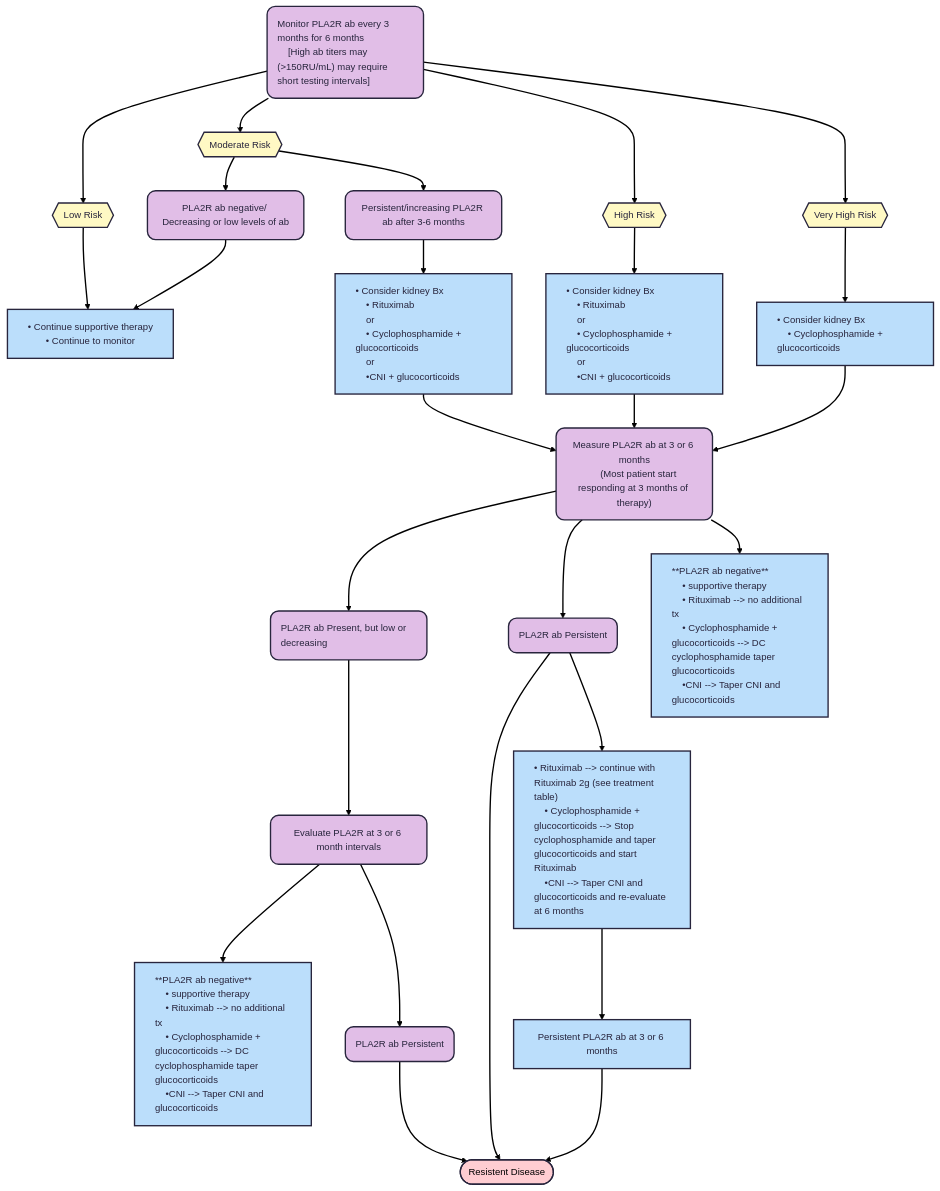
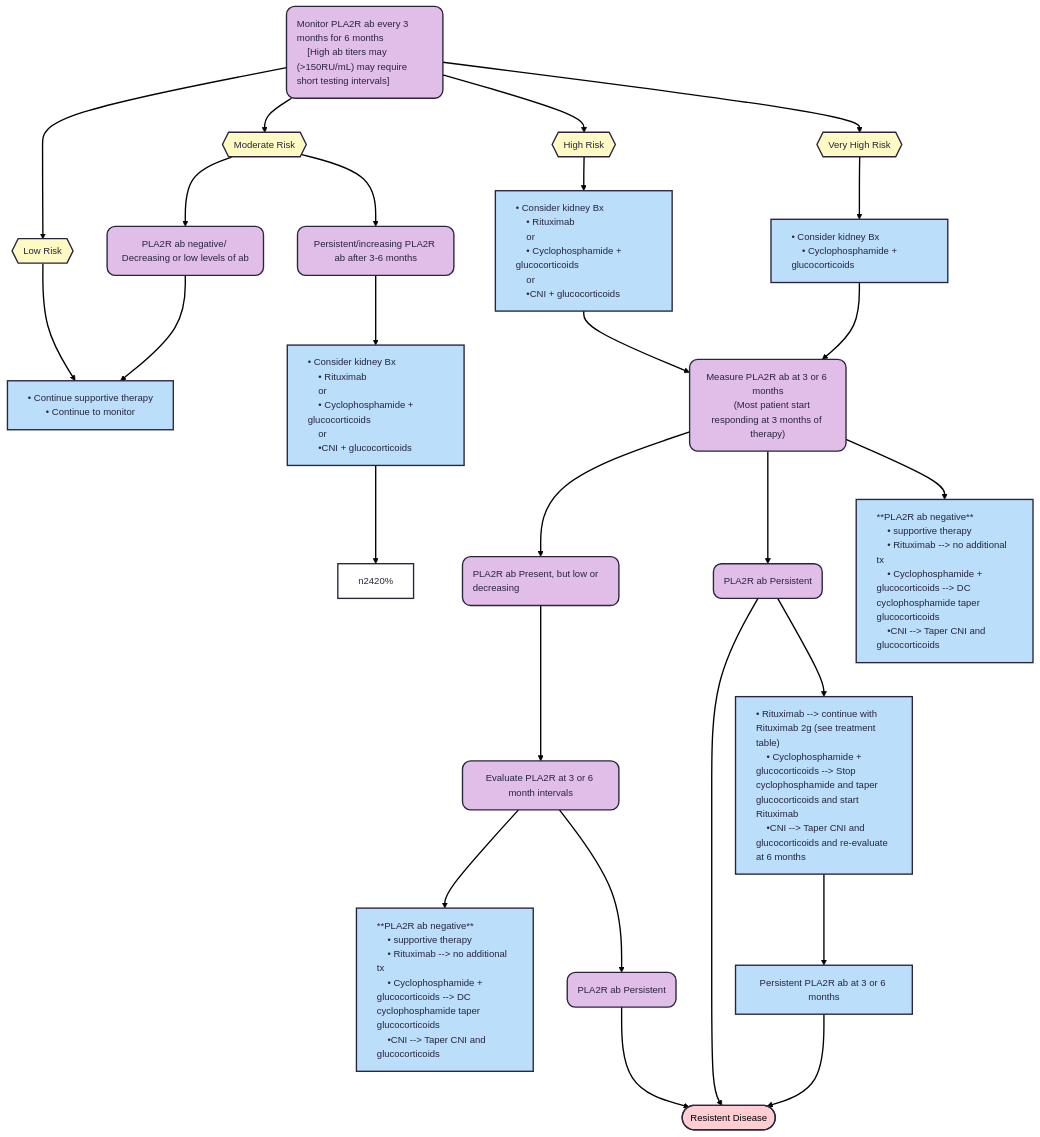
Before and after one commit to TTUNEPH2025/GN: the third of 4 diagrams in docs/Membranous.md, drawn with Mermaid. The commit also changed other lines of this file, not shown here.

````diff
--- a/docs/Membranous.md
+++ b/docs/Membranous.md
@@ -217,81 +238,81 @@
 ```mermaid
 ---
 config:
   theme: redux
 ---
 flowchart TD
     n9["Monitor PLA2R ab every 3 months for 6 months
     [High ab titers may (>150RU/mL) may require short testing intervals]"] --> n10["Low Risk"] & n11["Moderate Risk"] & n12["High Risk"] & n13["Very High Risk"]
     n11 --> n15["PLA2R ab negative/ Decreasing or low levels of ab"] & n16["Persistent/increasing PLA2R ab after 3-6 months"]
     n15 --> n75["• Continue supportive therapy
     • Continue to monitor"]
     n12 --> n18["• Consider kidney Bx
     • Rituximab 
     or 
     • Cyclophosphamide + glucocorticoids
     or
     •CNI + glucocorticoids"]
     n13 --> n19["• Consider kidney Bx
     • Cyclophosphamide + glucocorticoids"]
     n16 --> n22["• Consider kidney Bx
     • Rituximab 
     or 
     • Cyclophosphamide + glucocorticoids
     or
     •CNI + glucocorticoids"]
     n18 --> n24["Measure PLA2R ab at 3 or 6 months
     (Most patient start responding at 3 months of therapy)"]
     n19 --> n24
-    n22 --> n24
+    n22 --> n2420%
     n24 --> n26["PLA2R ab Present, but low or decreasing"] & n27["PLA2R ab Persistent"] & n28["**PLA2R ab negative**
     • supportive therapy
     • Rituximab --> no additional tx
     • Cyclophosphamide + glucocorticoids --> DC cyclophosphamide taper glucocorticoids
     •CNI --> Taper CNI and glucocorticoids"]
     n26 --> n29["Evaluate PLA2R at 3 or 6 month intervals"]
     n29 --> n30["**PLA2R ab negative**
     • supportive therapy
     • Rituximab --> no additional tx
     • Cyclophosphamide + glucocorticoids --> DC cyclophosphamide taper glucocorticoids
     •CNI --> Taper CNI and glucocorticoids"] & n31["PLA2R ab Persistent"]
     n31 --> n32(["Resistent Disease"])
     n27 --> n32 & n73["• Rituximab --> continue with Rituximab 2g (see treatment table)
     • Cyclophosphamide + glucocorticoids --> Stop cyclophosphamide and taper glucocorticoids and start Rituximab
     •CNI --> Taper CNI and glucocorticoids and re-evaluate at 6 months"]
     n73 --> n74["Persistent PLA2R ab at 3 or 6 months"]
     n74 --> n32
     n10 --> n75
     n9@{ shape: rounded}
     n10@{ shape: hex}
     n11@{ shape: hex}
     n12@{ shape: hex}
     n13@{ shape: hex}
     n15@{ shape: rounded}
     n16@{ shape: rounded}
     n24@{ shape: rounded}
     n26@{ shape: rounded}
     n27@{ shape: rounded}
     n29@{ shape: rounded}
     n31@{ shape: rounded}
     style n9 fill:#E1BEE7,text-align:left
     style n10 fill:#FFF9C4
     style n11 fill:#FFF9C4
     style n12 fill:#FFF9C4
     style n13 fill:#FFF9C4
     style n15 fill:#E1BEE7
     style n16 fill:#E1BEE7
     style n75 fill:#BBDEFB
     style n18 fill:#BBDEFB,text-align:left
     style n19 fill:#BBDEFB,text-align:left
     style n22 fill:#BBDEFB,text-align:left
     style n24 fill:#E1BEE7
     style n26 fill:#E1BEE7,text-align:left
     style n27 fill:#E1BEE7
     style n28 fill:#BBDEFB,text-align:left
     style n29 fill:#E1BEE7
     style n30 fill:#BBDEFB,text-align:left
     style n31 fill:#E1BEE7
     style n32 color:#000000,fill:#FFCDD2,text-align:left
     style n73 fill:#BBDEFB,text-align:left
     style n74 fill:#BBDEFB
 ```
````
